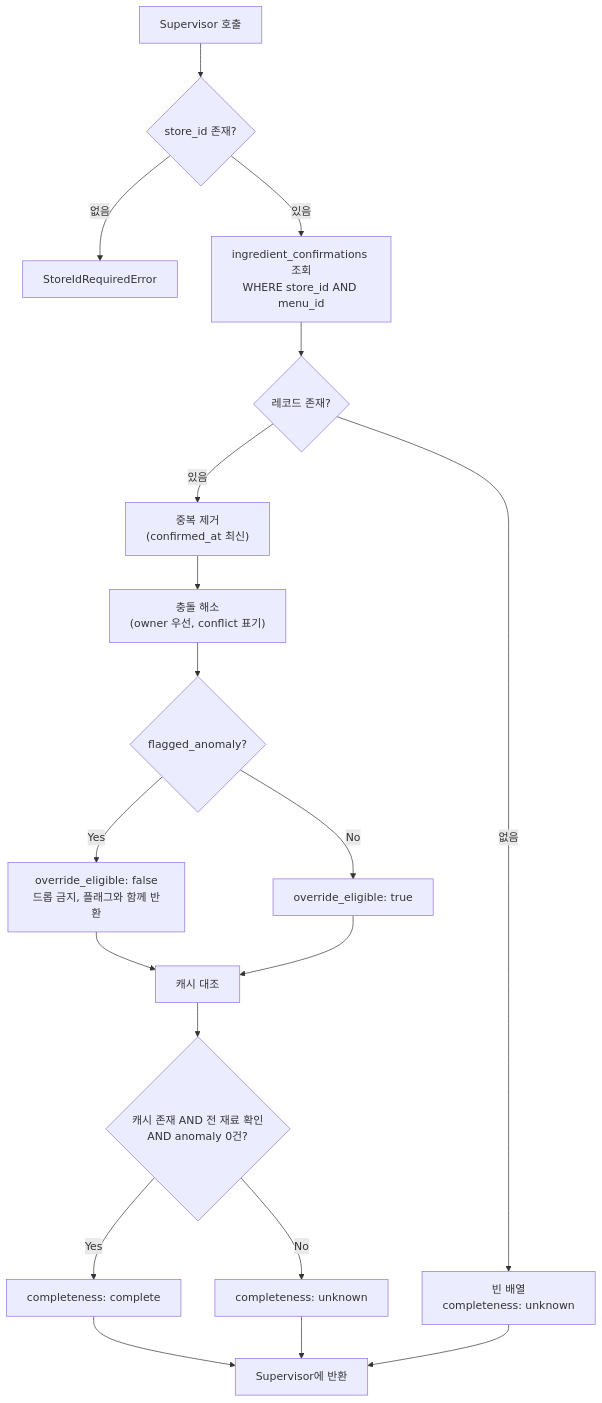
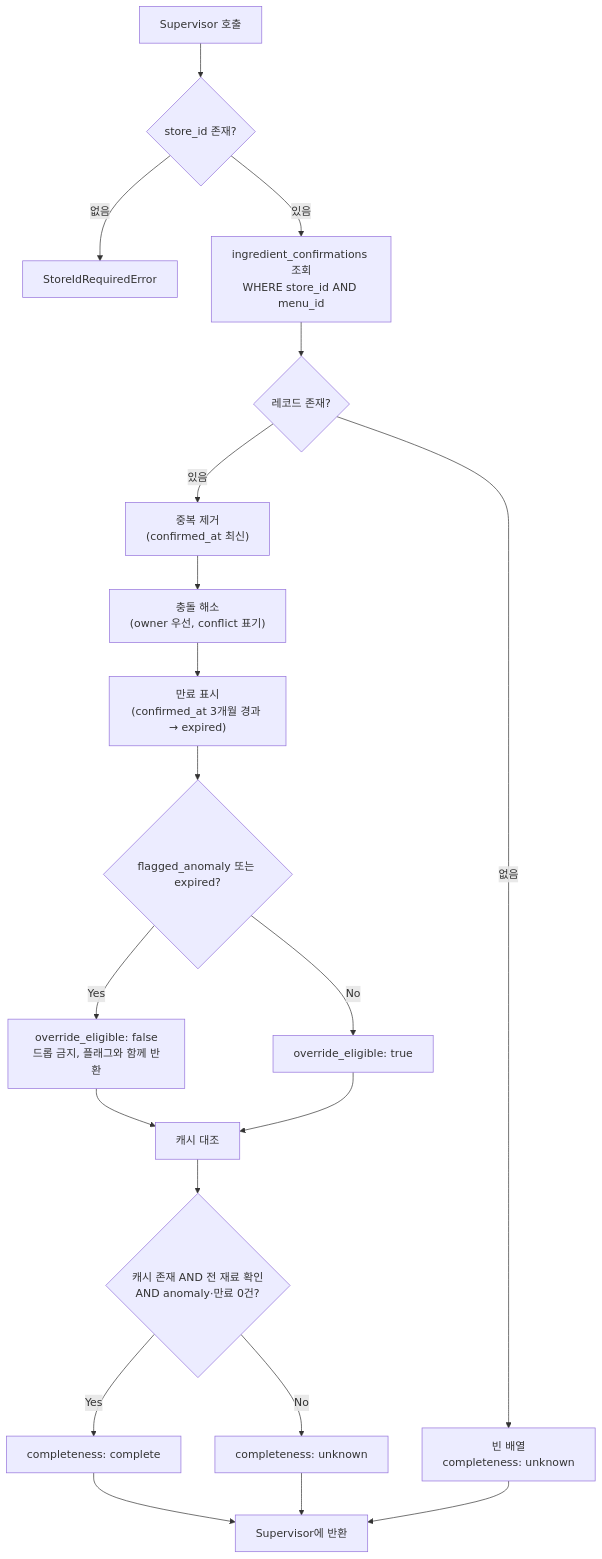
One commit to Han-Spoon/ai changed the diagram in docs/agent-3-exact.md. Above: the diagram before and after it, drawn with Mermaid. The commit also changed other lines of this file, not shown here.

````diff
--- a/docs/agent-3-exact.md
+++ b/docs/agent-3-exact.md
@@ -103,21 +118,22 @@
 ```mermaid
 flowchart TD
     S[Supervisor 호출] --> V{store_id 존재?}
     V -->|없음| ERR[StoreIdRequiredError]
     V -->|있음| Q["ingredient_confirmations 조회<br/>WHERE store_id AND menu_id"]
     Q --> N{레코드 존재?}
     N -->|없음| E["빈 배열<br/>completeness: unknown"]
     N -->|있음| DD["중복 제거<br/>(confirmed_at 최신)"]
     DD --> CF["충돌 해소<br/>(owner 우선, conflict 표기)"]
-    CF --> A{flagged_anomaly?}
+    CF --> EX["만료 표시<br/>(confirmed_at 3개월 경과 → expired)"]
+    EX --> A{"flagged_anomaly 또는 expired?"}
     A -->|Yes| MARK["override_eligible: false<br/>드롭 금지, 플래그와 함께 반환"]
     A -->|No| OK["override_eligible: true"]
     MARK --> C[캐시 대조]
     OK --> C
-    C --> CP{"캐시 존재 AND 전 재료 확인<br/>AND anomaly 0건?"}
+    C --> CP{"캐시 존재 AND 전 재료 확인<br/>AND anomaly·만료 0건?"}
     CP -->|Yes| COMP["completeness: complete"]
     CP -->|No| UNK["completeness: unknown"]
     COMP --> OUT[Supervisor에 반환]
     UNK --> OUT
     E --> OUT
 ```
````
